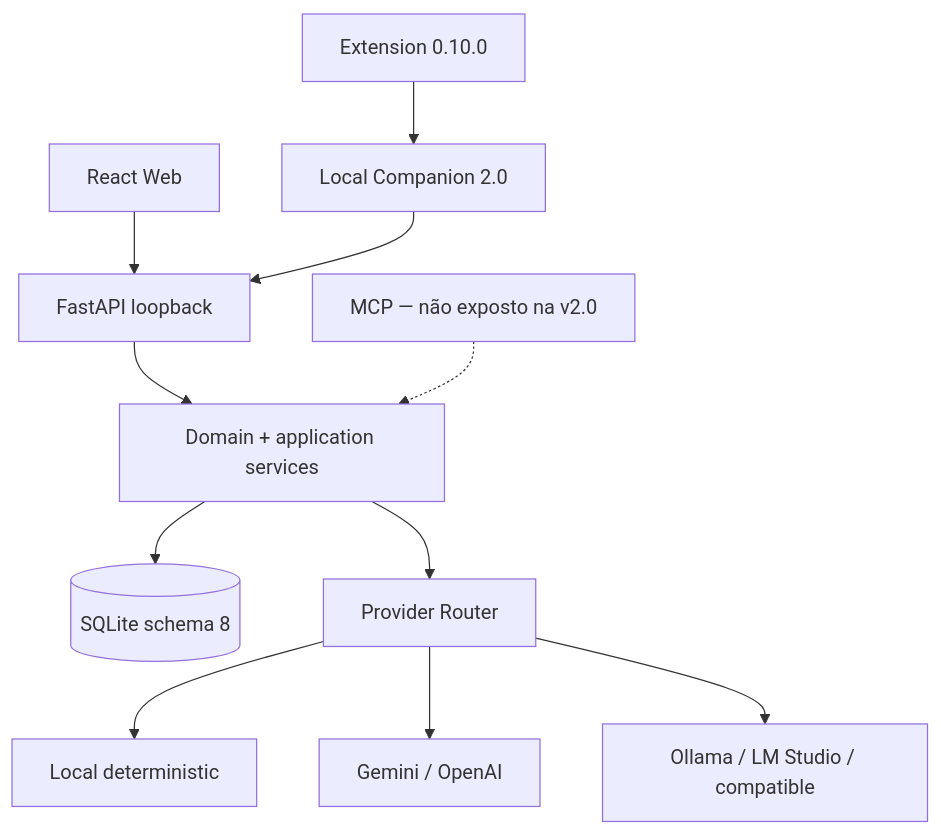
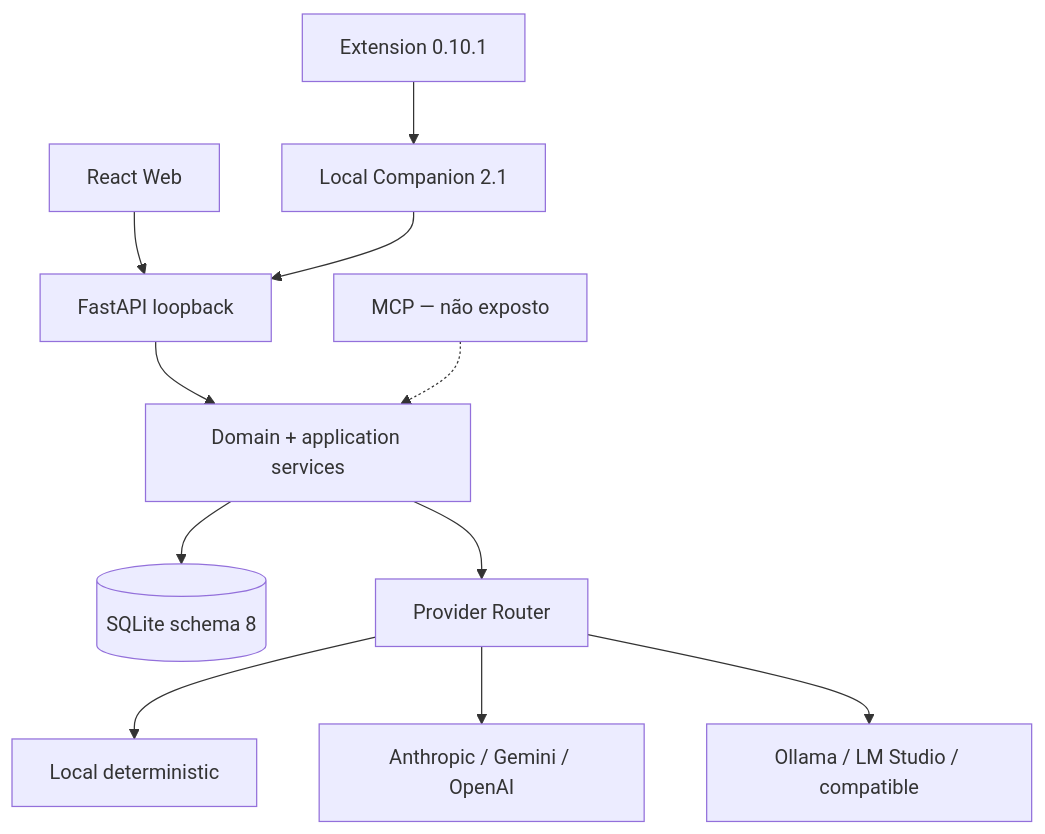
One commit to Soturine/SotuHire changed the second of 2 diagrams in README.md. Above: the diagram before and after it, drawn with Mermaid. The commit also changed other lines of this file and 141 other files, not shown here.

````diff
--- a/README.md
+++ b/README.md
@@ -98,13 +119,13 @@
 ```mermaid
 flowchart TB
   W[React Web] --> F[FastAPI loopback]
-  E[Extension 0.10.0] --> L[Local Companion 2.0]
+  E[Extension 0.10.1] --> L[Local Companion 2.1]
   L --> F
   F --> X[Domain + application services]
   X --> DB[(SQLite schema 8)]
   X --> R[Provider Router]
   R --> LP[Local deterministic]
-  R --> GP[Gemini / OpenAI]
+  R --> GP[Anthropic / Gemini / OpenAI]
   R --> OP[Ollama / LM Studio / compatible]
-  M["MCP — não exposto na v2.0"] -.-> X
+  M["MCP — não exposto"] -.-> X
 ```
````
